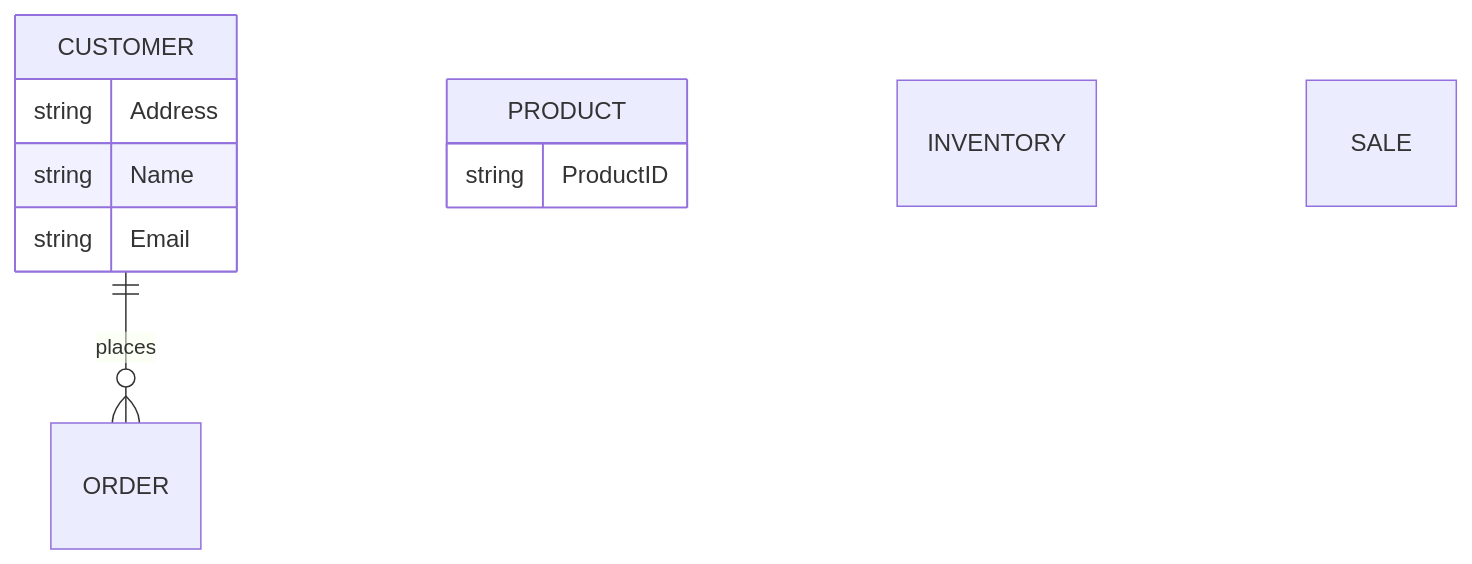
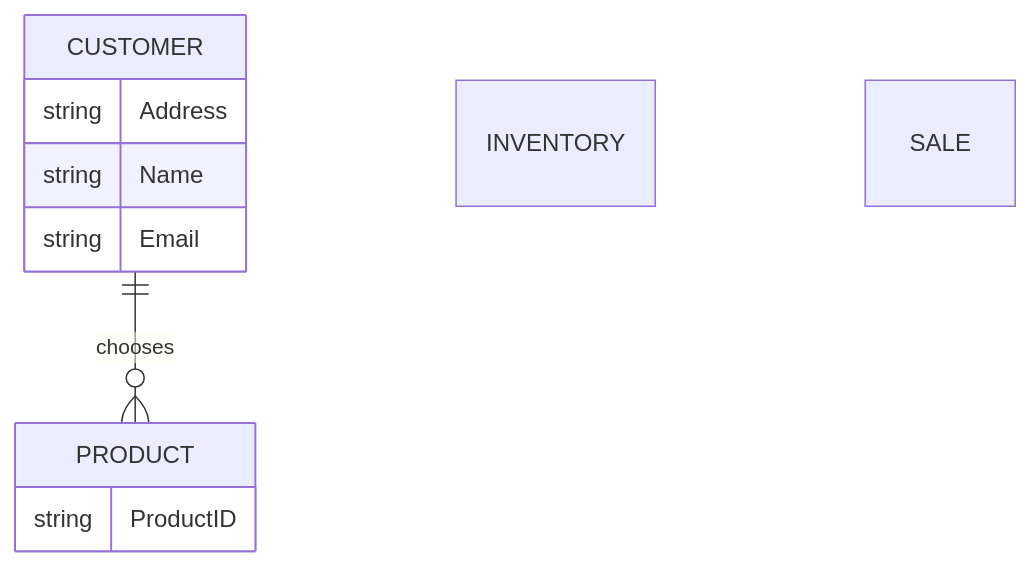
Before and after one commit to rose-wt/rose-wt.github.io: the diagram in NikeStore_ERD.md, drawn with Mermaid.

````diff
--- a/NikeStore_ERD.md
+++ b/NikeStore_ERD.md
@@ -1,18 +1,18 @@
 ```mermaid
 erDiagram
-   CUSTOMER ||--o{ ORDER : places
+   CUSTOMER ||--o{ PRODUCT : chooses
     CUSTOMER {
         string Address
         string Name
         string Email
     }
     PRODUCT {
         string ProductID
     }
     INVENTORY {
 
     }
     SALE {
 
     }
 ```
````
